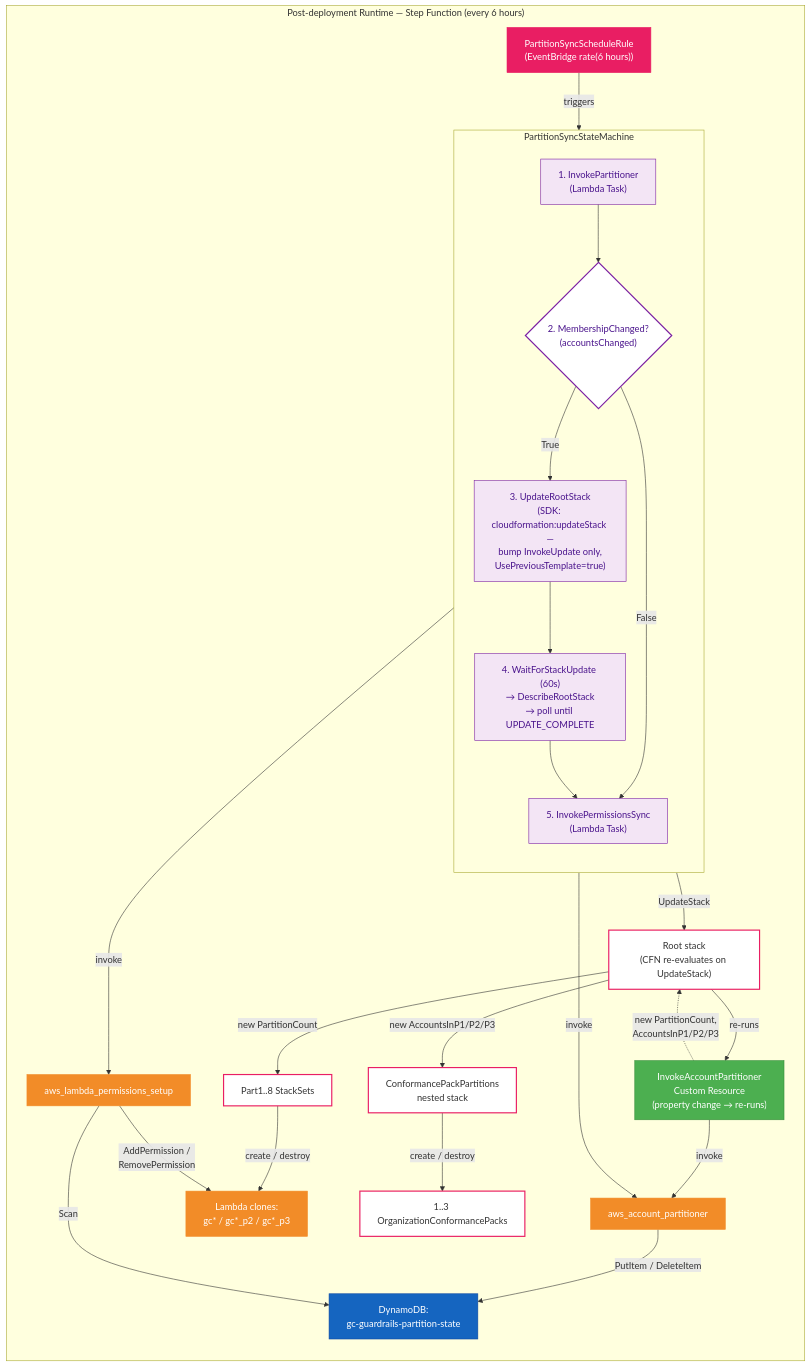
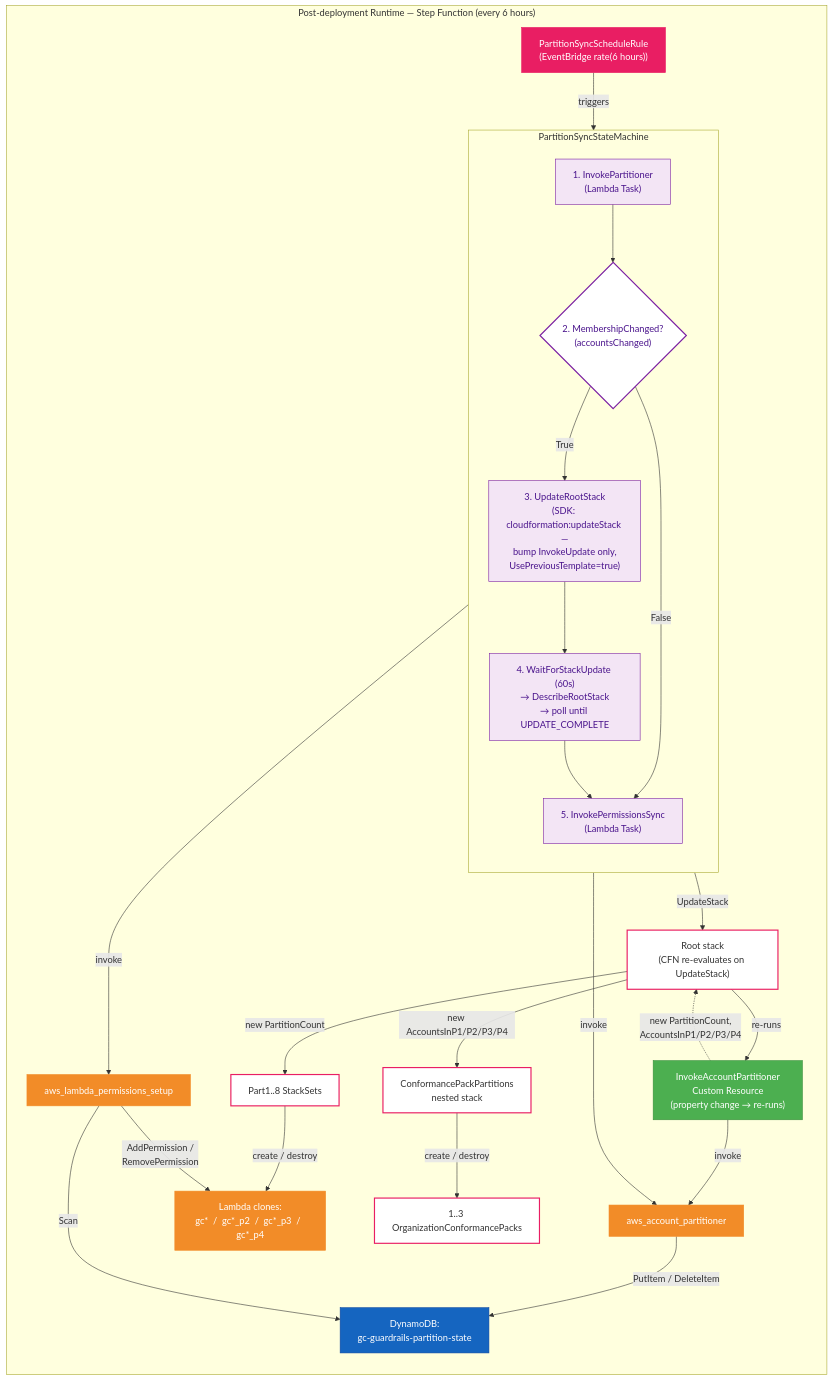
Before and after one commit to ssc-spc-ccoe-cei/aws-guardrails-cac-solution: the second of 2 diagrams in doc/RESOURCE_POLICY_FIX.md, drawn with Mermaid. The commit also changed other lines of this file and 26 other files, not shown here.

````diff
--- a/doc/RESOURCE_POLICY_FIX.md
+++ b/doc/RESOURCE_POLICY_FIX.md
@@ -471,67 +570,67 @@
 ```mermaid
 flowchart TB
     subgraph RUNTIME["Post-deployment Runtime — Step Function (every 6 hours)"]
         direction TB
 
         cron["PartitionSyncScheduleRule\n(EventBridge rate(6 hours))"]
 
         subgraph SF["PartitionSyncStateMachine"]
             direction TB
             s1["1. InvokePartitioner\n(Lambda Task)"]
             s2{"2. MembershipChanged?\n(accountsChanged)"}
             s3["3. UpdateRootStack\n(SDK: cloudformation:updateStack —\nbump InvokeUpdate only,\nUsePreviousTemplate=true)"]
             s4["4. WaitForStackUpdate (60s)\n→ DescribeRootStack\n→ poll until UPDATE_COMPLETE"]
             s5["5. InvokePermissionsSync\n(Lambda Task)"]
             s1 --> s2
             s2 -->|"True"| s3
             s3 --> s4
             s4 --> s5
             s2 -->|"False"| s5
         end
 
         partLambda["aws_account_partitioner"]
         permLambda["aws_lambda_permissions_setup"]
         ddb["DynamoDB:\ngc-guardrails-partition-state"]
 
         root["Root stack\n(CFN re-evaluates on UpdateStack)"]
         cr["InvokeAccountPartitioner\nCustom Resource\n(property change → re-runs)"]
         parts["Part1..8 StackSets"]
         nested["ConformancePackPartitions\nnested stack"]
-        clones["Lambda clones:\ngc*  /  gc*_p2  /  gc*_p3"]
+        clones["Lambda clones:\ngc*  /  gc*_p2  /  gc*_p3  /  gc*_p4"]
         packs["1..3 OrganizationConformancePacks"]
 
         cron -->|"triggers"| SF
 
         s1 -->|"invoke"| partLambda
         partLambda -->|"PutItem / DeleteItem"| ddb
 
         s3 -->|"UpdateStack"| root
         root -->|"re-runs"| cr
         cr -->|"invoke"| partLambda
-        cr -.->|"new PartitionCount,\nAccountsInP1/P2/P3"| root
+        cr -.->|"new PartitionCount,\nAccountsInP1/P2/P3/P4"| root
         root -->|"new PartitionCount"| parts
         parts -->|"create / destroy"| clones
-        root -->|"new AccountsInP1/P2/P3"| nested
+        root -->|"new AccountsInP1/P2/P3/P4"| nested
         nested -->|"create / destroy"| packs
 
         s5 -->|"invoke"| permLambda
         permLambda -->|"Scan"| ddb
         permLambda -->|"AddPermission /\nRemovePermission"| clones
     end
 
     classDef sfstate fill:#f3e5f5,stroke:#7b1fa2,color:#4a148c;
     classDef sfchoice fill:#fff,stroke:#7b1fa2,color:#4a148c,stroke-width:2px;
     classDef aws fill:#f28c28,stroke:#f28c28,color:#fff;
     classDef cron fill:#e91e63,stroke:#e91e63,color:#fff;
     classDef newcomp fill:#4caf50,stroke:#388e3c,color:#fff;
     classDef ddb fill:#1565c0,stroke:#0d47a1,color:#fff;
     classDef yaml fill:#fff,stroke:#e91e63,stroke-width:2px,color:#333;
 
     class s1,s3,s4,s5 sfstate;
     class s2 sfchoice;
     class partLambda,permLambda,clones aws;
     class cron cron;
     class ddb ddb;
     class root,parts,nested,packs yaml;
     class cr newcomp;
 ```
````
